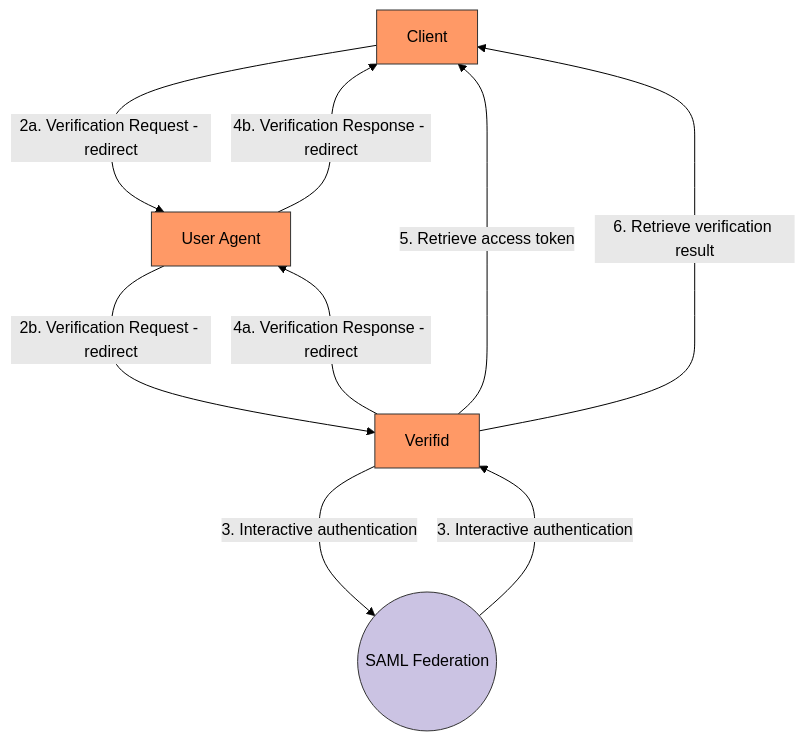
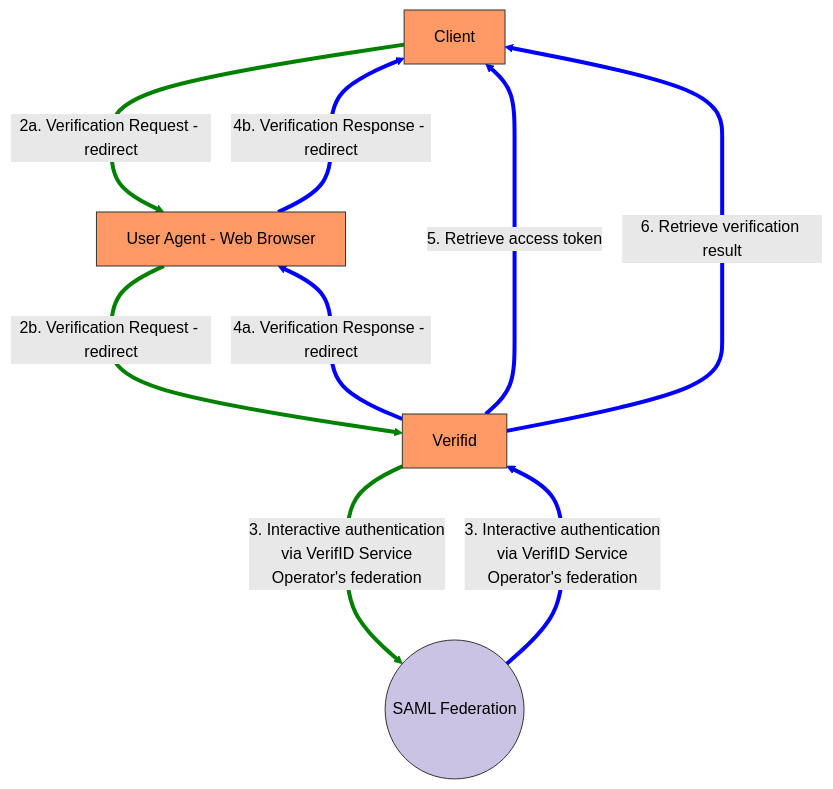
The diagram in docs/_pages/verifid.markdown (ausaccessfed/dev-portal), drawn with Mermaid (forest theme) before and after one commit. The commit also changed other lines of this file and 1 other file, not shown here.

Commit message:
Add further verifID documentation

````diff
--- a/docs/_pages/verifid.markdown
+++ b/docs/_pages/verifid.markdown
@@ -45,15 +55,23 @@
 ```mermaid
 flowchart TD
-id1[Client] --->|2a. Verification Request - redirect| id2[User Agent]
+id1[Client] --->|2a. Verification Request - redirect| id2[User Agent - Web Browser]
 id2 --->|2b. Verification Request - redirect| id3[Verifid]
-id3 --->|3. Interactive authentication| id4((SAML Federation))
-id4 --->|3. Interactive authentication| id3[Verifid]
-id3 --->|4a. Verification Response - redirect| id2[User Agent]
+id3 --->|3. Interactive authentication <br> via VerifID Service <br> Operator's federation| id4((SAML Federation))
+id4 --->|3. Interactive authentication <br> via VerifID Service <br> Operator's federation| id3[Verifid]
+id3 --->|4a. Verification Response - redirect| id2[User Agent - Web Browser]
 id2 --->|4b. Verification Response - redirect| id1[Client]
 id3 --->|5. Retrieve access token| id1[Client]
 id3 --->|6. Retrieve verification result| id1[Client]
 style id1 fill:#f96,stroke:#333
 style id2 fill:#f96,stroke:#333
 style id3 fill:#f96,stroke:#333
 style id4 fill:#CBC3E3,stroke:#333
+linkStyle 0 stroke-width:4px,stroke:green
+linkStyle 1 stroke-width:4px,stroke:green
+linkStyle 2 stroke-width:4px,stroke:green
+linkStyle 3 stroke-width:4px,stroke:blue
+linkStyle 4 stroke-width:4px,stroke:blue
+linkStyle 5 stroke-width:4px,stroke:blue
+linkStyle 6 stroke-width:4px,stroke:blue
+linkStyle 7 stroke-width:4px,stroke:blue
 ```
````
